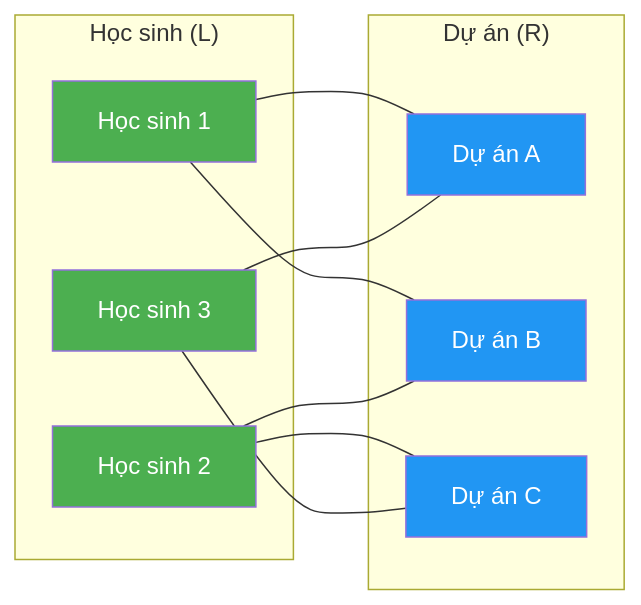
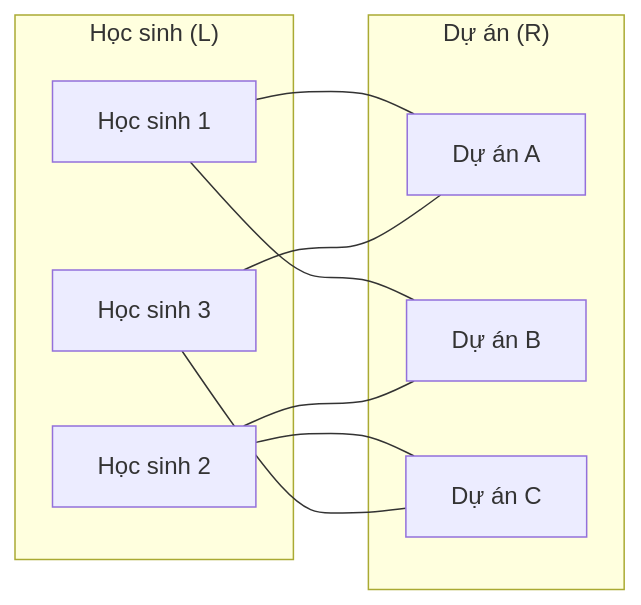
The first of 5 diagrams in docs/lessons/bipartite-matching.md (FPTOJ-OJ/fptoj_wiki), drawn with Mermaid before and after one commit. The commit also changed other lines of this file and 18 other files, not shown here.

First line of the commit message:
fix: LaTeX errors, mermaid theme switching, remove custom colors

````diff
--- a/docs/lessons/bipartite-matching.md
+++ b/docs/lessons/bipartite-matching.md
@@ -39,25 +39,19 @@
 ```mermaid
 graph LR
     subgraph "Học sinh (L)"
         H1[Học sinh 1]
         H2[Học sinh 2]
         H3[Học sinh 3]
     end
     subgraph "Dự án (R)"
         D1[Dự án A]
         D2[Dự án B]
         D3[Dự án C]
     end
     H1 --- D1
     H1 --- D2
     H2 --- D2
     H2 --- D3
     H3 --- D1
     H3 --- D3
-    style H1 fill:#4CAF50,color:#fff
-    style H2 fill:#4CAF50,color:#fff
-    style H3 fill:#4CAF50,color:#fff
-    style D1 fill:#2196F3,color:#fff
-    style D2 fill:#2196F3,color:#fff
-    style D3 fill:#2196F3,color:#fff
 ```
````
